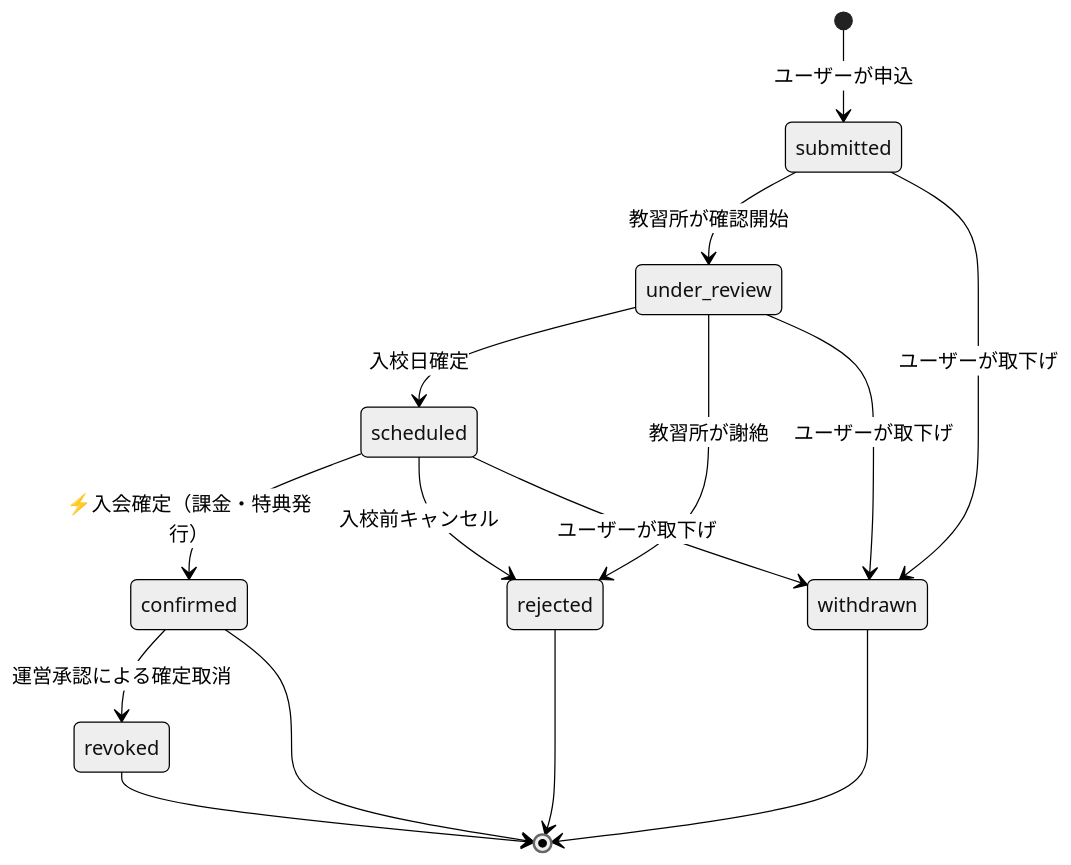
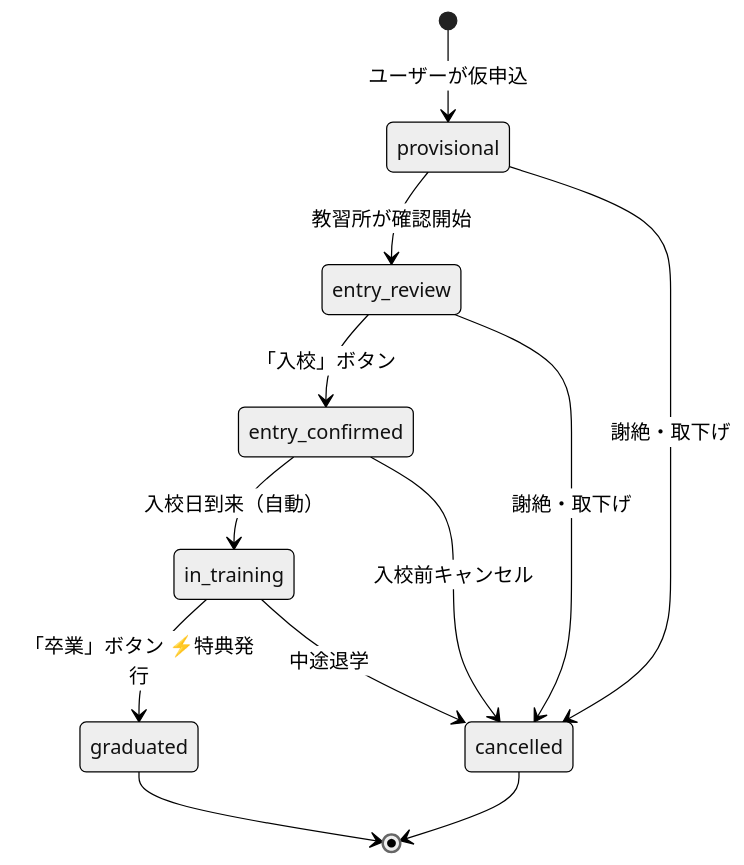
Before and after one commit to Sho0922/bestbike_matching-: the fourth of 4 diagrams in docs/01_requirements.md, drawn with Mermaid (neutral theme). The commit also changed other lines of this file and 10 other files, not shown here.

````diff
--- a/docs/01_requirements.md
+++ b/docs/01_requirements.md
@@ -151,17 +133,14 @@
 ```mermaid
 stateDiagram-v2
-  [*] --> submitted: ユーザーが申込
-  submitted --> under_review: 教習所が確認開始
-  under_review --> scheduled: 入校日確定
-  under_review --> rejected: 教習所が謝絶
-  scheduled --> confirmed: ⚡入会確定（課金・特典発行）
-  scheduled --> rejected: 入校前キャンセル
-  submitted --> withdrawn: ユーザーが取下げ
-  under_review --> withdrawn: ユーザーが取下げ
-  scheduled --> withdrawn: ユーザーが取下げ
-  confirmed --> revoked: 運営承認による確定取消
-  rejected --> [*]
-  withdrawn --> [*]
-  confirmed --> [*]
-  revoked --> [*]
+  [*] --> provisional: ユーザーが仮申込
+  provisional --> entry_review: 教習所が確認開始
+  entry_review --> entry_confirmed: 「入校」ボタン
+  entry_confirmed --> in_training: 入校日到来（自動）
+  in_training --> graduated: 「卒業」ボタン ⚡特典発行
+  provisional --> cancelled: 謝絶・取下げ
+  entry_review --> cancelled: 謝絶・取下げ
+  entry_confirmed --> cancelled: 入校前キャンセル
+  in_training --> cancelled: 中途退学
+  graduated --> [*]
+  cancelled --> [*]
 ```
````
